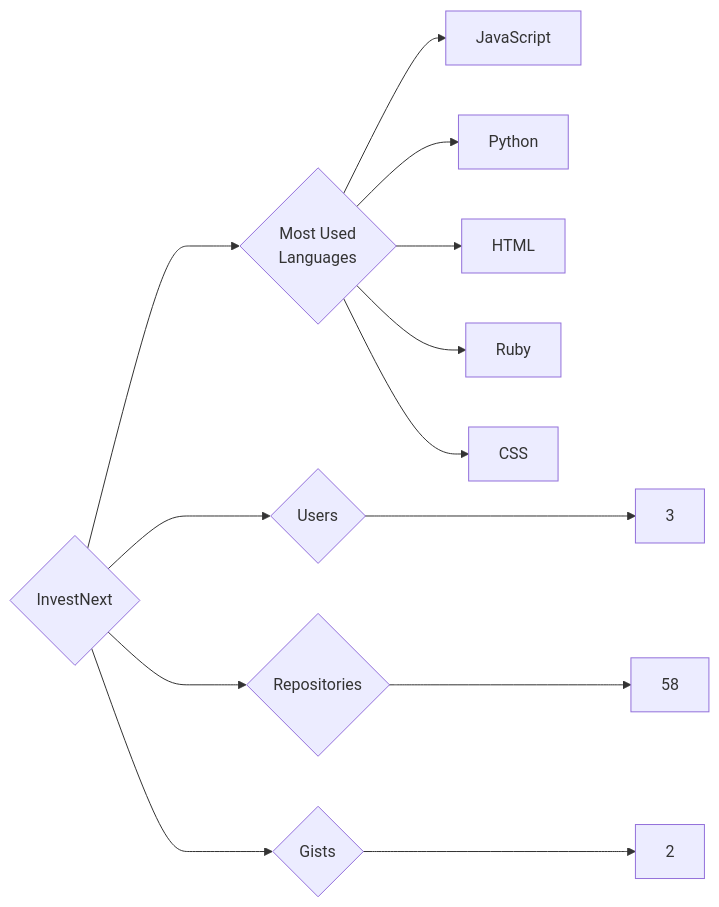
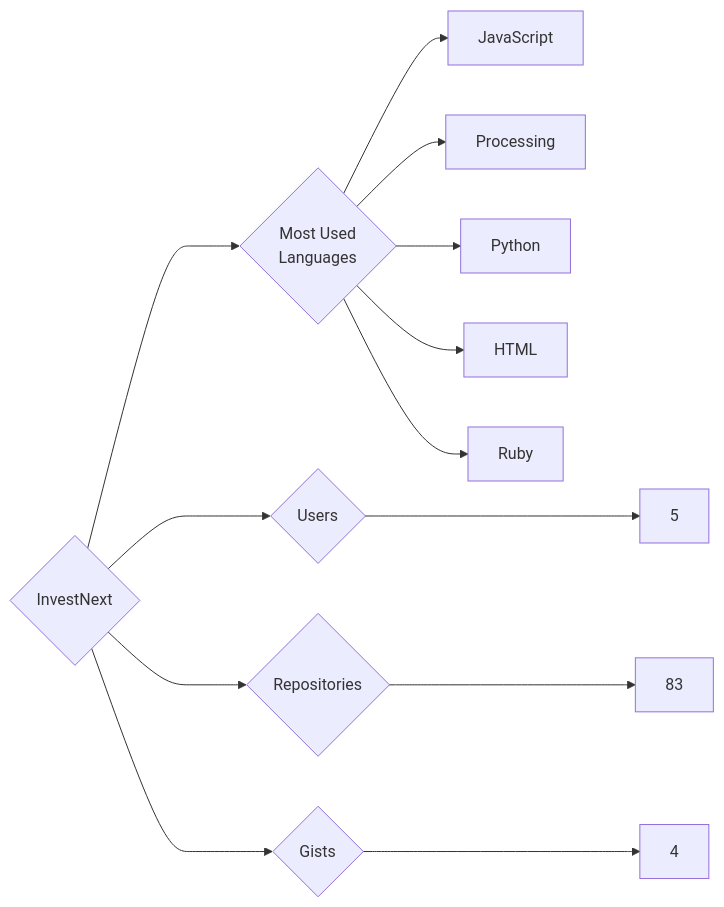
Before and after one commit to trickest/insiders: the diagram in targets/InvestNext/README.md, drawn with Mermaid. The commit also changed 1170 other files, not shown here.

````diff
--- a/targets/InvestNext/README.md
+++ b/targets/InvestNext/README.md
@@ -3,13 +3,13 @@
 ```mermaid
 graph LR
 COMPANY_NAME{InvestNext}
-COMPANY_NAME ---> U{Users} ---> UN[3]
-COMPANY_NAME ---> R{Repositories} ---> RN[58]
-COMPANY_NAME ---> G{Gists} ---> GN[2]
+COMPANY_NAME ---> U{Users} ---> UN[5]
+COMPANY_NAME ---> R{Repositories} ---> RN[83]
+COMPANY_NAME ---> G{Gists} ---> GN[4]
 COMPANY_NAME ---> ML{Most Used<br>Languages}
 ML --> JavaScript[JavaScript]
+ML --> Processing[Processing]
 ML --> Python[Python]
 ML --> HTML[HTML]
 ML --> Ruby[Ruby]
-ML --> CSS[CSS]
 ```
````
